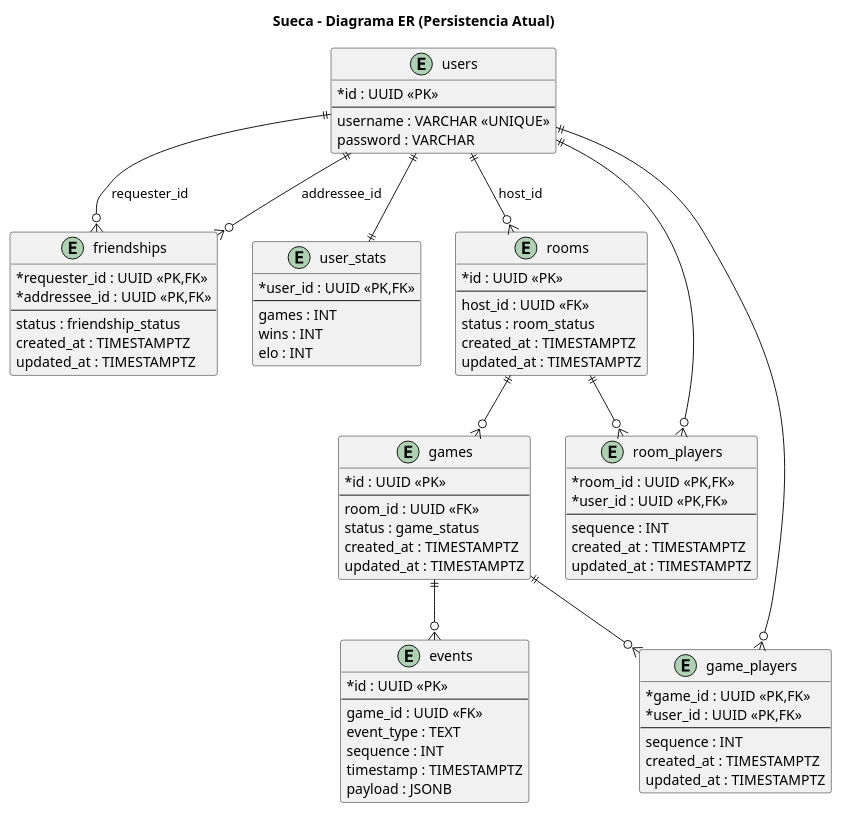
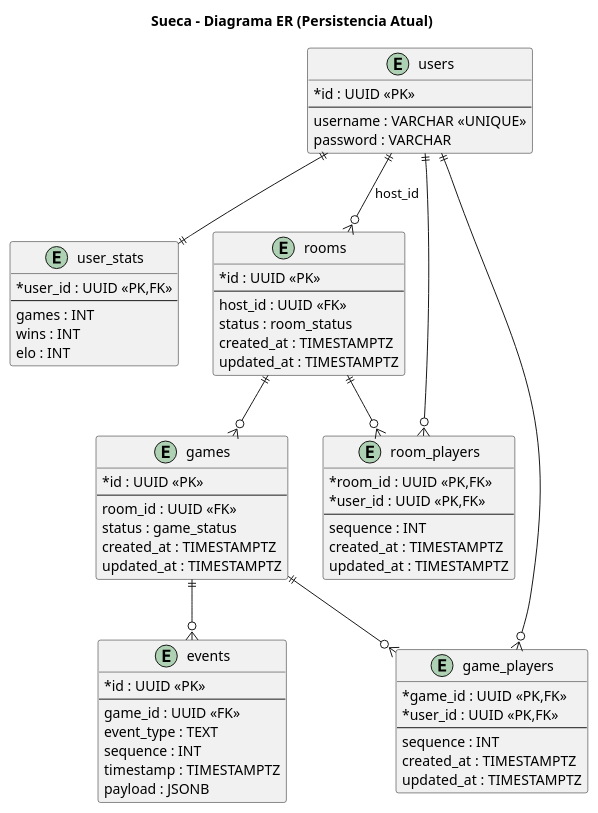
The diagram in DocumentacaoV2/DiagramaER.puml (DuarteMSousa/PEDWM_TP1), drawn with PlantUML before and after one commit.

```diff
--- a/DocumentacaoV2/DiagramaER.puml
+++ b/DocumentacaoV2/DiagramaER.puml
@@ -1,92 +1,81 @@
 @startuml
 title Sueca - Diagrama ER (Persistencia Atual)
 
 hide methods
 skinparam classAttributeIconSize 0
 
 entity "users" as users {
   * id : UUID <<PK>>
   --
   username : VARCHAR <<UNIQUE>>
   password : VARCHAR
-}
-
-entity "friendships" as friendships {
-  * requester_id : UUID <<PK,FK>>
-  * addressee_id : UUID <<PK,FK>>
-  --
-  status : friendship_status
-  created_at : TIMESTAMPTZ
-  updated_at : TIMESTAMPTZ
 }
 
 entity "user_stats" as user_stats {
   * user_id : UUID <<PK,FK>>
   --
   games : INT
   wins : INT
   elo : INT
 }
 
 entity "rooms" as rooms {
   * id : UUID <<PK>>
   --
   host_id : UUID <<FK>>
   status : room_status
   created_at : TIMESTAMPTZ
   updated_at : TIMESTAMPTZ
 }
 
 entity "room_players" as room_players {
   * room_id : UUID <<PK,FK>>
   * user_id : UUID <<PK,FK>>
   --
   sequence : INT
   created_at : TIMESTAMPTZ
   updated_at : TIMESTAMPTZ
 }
 
 entity "games" as games {
   * id : UUID <<PK>>
   --
   room_id : UUID <<FK>>
   status : game_status
   created_at : TIMESTAMPTZ
   updated_at : TIMESTAMPTZ
 }
 
 entity "game_players" as game_players {
   * game_id : UUID <<PK,FK>>
   * user_id : UUID <<PK,FK>>
   --
   sequence : INT
   created_at : TIMESTAMPTZ
   updated_at : TIMESTAMPTZ
 }
 
 entity "events" as events {
   * id : UUID <<PK>>
   --
   game_id : UUID <<FK>>
   event_type : TEXT
   sequence : INT
   timestamp : TIMESTAMPTZ
   payload : JSONB
 }
 
-users ||--o{ friendships : requester_id
-users ||--o{ friendships : addressee_id
 users ||--|| user_stats
 
 users ||--o{ rooms : host_id
 rooms ||--o{ room_players
 users ||--o{ room_players
 
 rooms ||--o{ games
 
 games ||--o{ game_players
 users ||--o{ game_players
 
 games ||--o{ events
 
 @enduml
```
